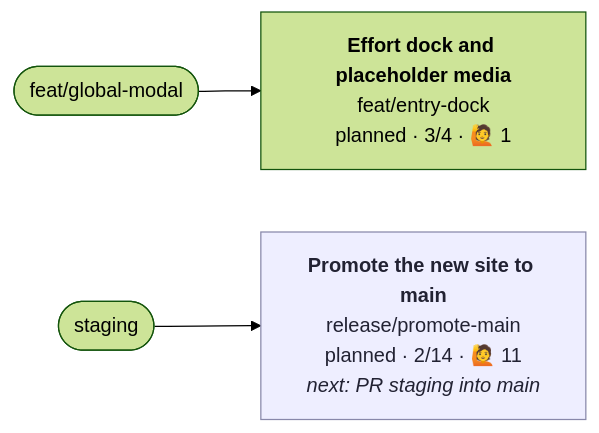
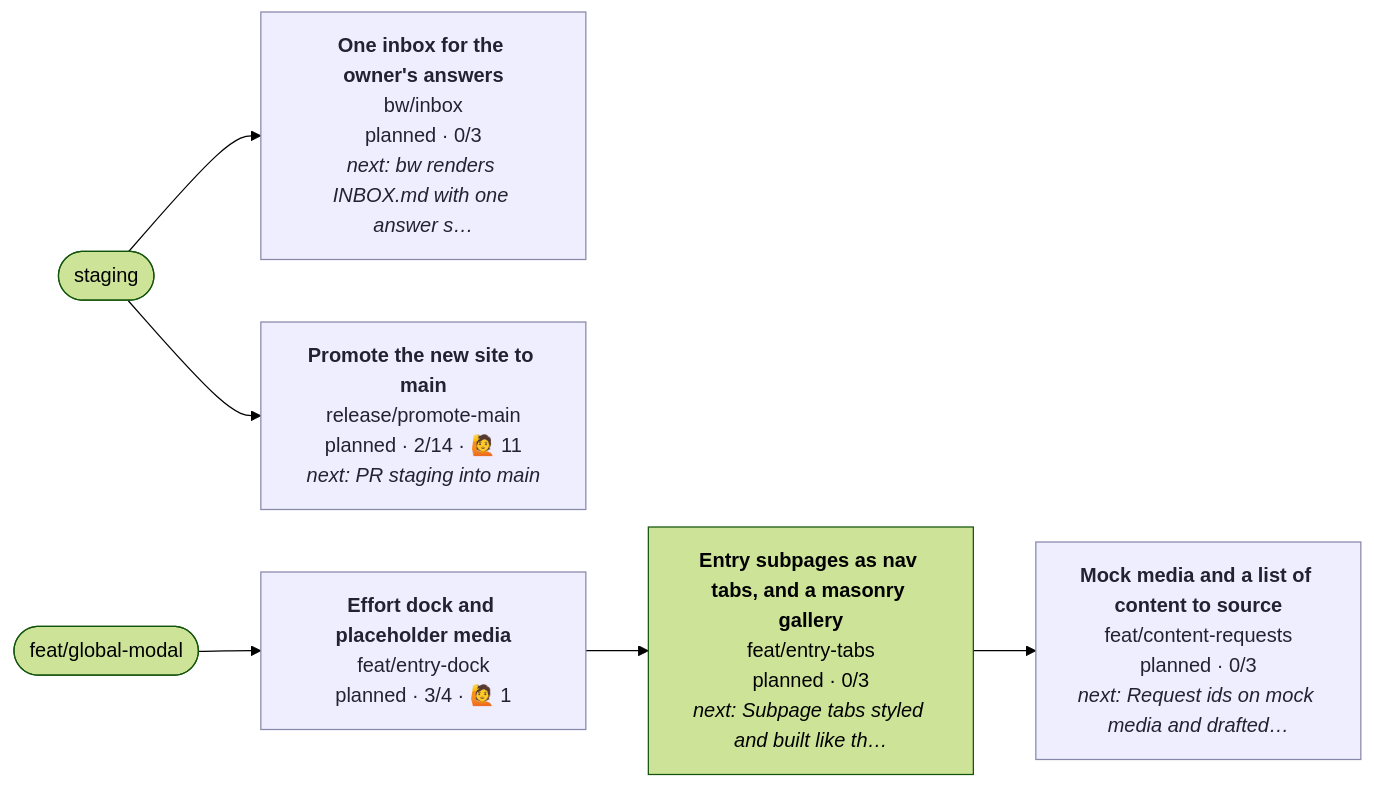
Before and after one commit to henryjonescodes/portfolio: the diagram in CONTRIBUTING.md, drawn with Mermaid (forest theme). The commit also changed other lines of this file, not shown here.

````diff
--- a/CONTRIBUTING.md
+++ b/CONTRIBUTING.md
@@ -5,16 +5,25 @@
 ```mermaid
 flowchart LR
+  n_staging([staging])
   n_feat_global_modal([feat/global-modal])
-  n_staging([staging])
+  n_bw_inbox["<b>One inbox for the owner's answers</b><br/>bw/inbox<br/>planned · 0/3<br/><i>next: bw renders INBOX.md with one answer s…</i>"]
+  class n_bw_inbox planned
+  n_staging --> n_bw_inbox
+  n_feat_content_requests["<b>Mock media and a list of content to source</b><br/>feat/content-requests<br/>planned · 0/3<br/><i>next: Request ids on mock media and drafted…</i>"]
+  class n_feat_content_requests planned
+  n_feat_entry_tabs --> n_feat_content_requests
   n_feat_entry_dock["<b>Effort dock and placeholder media</b><br/>feat/entry-dock<br/>planned · 3/4 · 🙋 1"]
-  class n_feat_entry_dock planned,current
+  class n_feat_entry_dock planned
   n_feat_global_modal --> n_feat_entry_dock
+  n_feat_entry_tabs["<b>Entry subpages as nav tabs, and a masonry gallery</b><br/>feat/entry-tabs<br/>planned · 0/3<br/><i>next: Subpage tabs styled and built like th…</i>"]
+  class n_feat_entry_tabs planned,current
+  n_feat_entry_dock --> n_feat_entry_tabs
   n_release_promote_main["<b>Promote the new site to main</b><br/>release/promote-main<br/>planned · 2/14 · 🙋 11<br/><i>next: PR staging into main</i>"]
   class n_release_promote_main planned
   n_staging --> n_release_promote_main
   classDef planned fill:#eef,stroke:#88a,color:#223
   classDef active fill:#dfd,stroke:#3a3,stroke-width:3px,color:#132
   classDef blocked fill:#fdd,stroke:#c33,color:#311
   classDef review fill:#ffd,stroke:#cc3,color:#331
   classDef current stroke:#06c,stroke-width:4px
 ```
````
